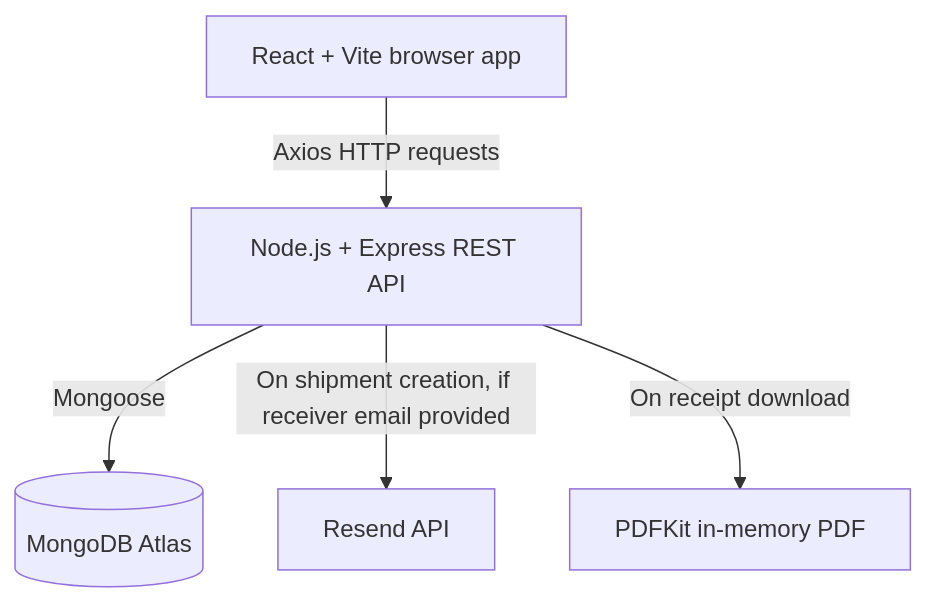
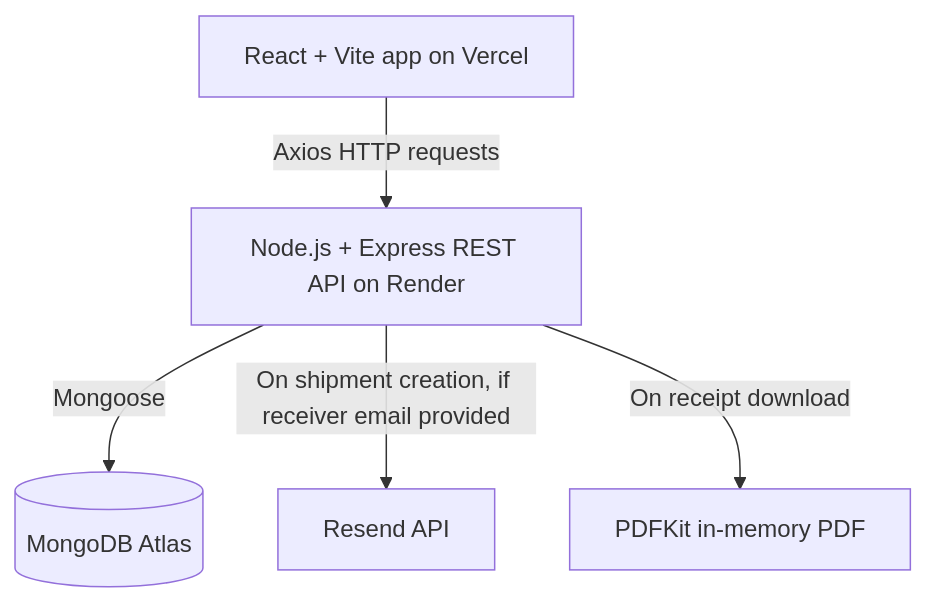
One commit to Khushaal22/Shipment-Tracker changed the diagram in README.md. Above: the diagram before and after it, drawn with Mermaid. The commit also changed other lines of this file, not shown here.

````diff
--- a/README.md
+++ b/README.md
@@ -18,7 +22,7 @@
 ```mermaid
 flowchart TD
-    Browser[React + Vite browser app] -->|Axios HTTP requests| API[Node.js + Express REST API]
+    Browser[React + Vite app on Vercel] -->|Axios HTTP requests| API[Node.js + Express REST API on Render]
     API -->|Mongoose| DB[(MongoDB Atlas)]
     API -->|On shipment creation, if receiver email provided| Email[Resend API]
     API -->|On receipt download| PDF[PDFKit in-memory PDF]
 ```
````
